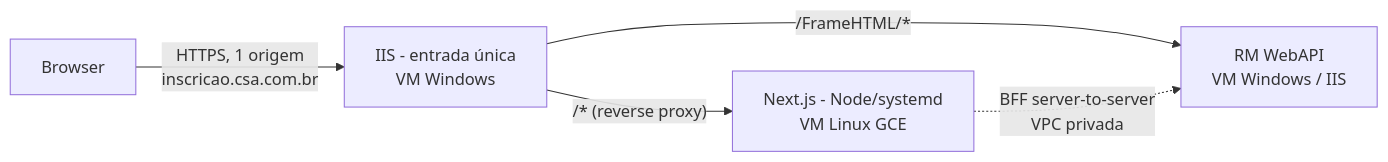
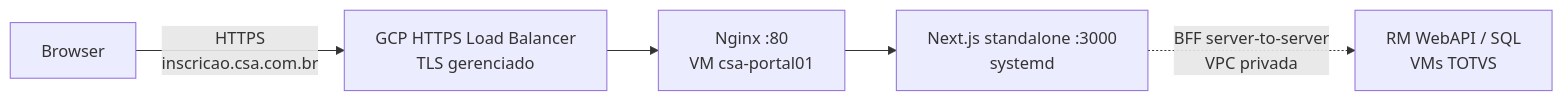
The second of 2 diagrams in docs/arquitetura_nextjs_rm.md (DI-CSA/admission-enrollment), drawn with Mermaid before and after one commit. The commit also changed other lines of this file and 25 other files, not shown here.

````diff
--- a/docs/arquitetura_nextjs_rm.md
+++ b/docs/arquitetura_nextjs_rm.md
@@ -259,7 +268,8 @@
 ```mermaid
 flowchart LR
-    B[Browser] -->|"HTTPS, 1 origem<br/>inscricao.csa.com.br"| IIS[IIS - entrada única<br/>VM Windows]
-    IIS -->|"/FrameHTML/*"| RM[RM WebAPI<br/>VM Windows / IIS]
-    IIS -->|"/* (reverse proxy)"| NX[Next.js - Node/systemd<br/>VM Linux GCE]
+    B[Browser] -->|"HTTPS<br/>inscricao.csa.com.br"| LB[GCP HTTPS Load Balancer<br/>TLS gerenciado]
+    LB --> NG[Nginx :80<br/>VM csa-portal01]
+    NG --> NX[Next.js standalone :3000<br/>systemd]
     NX -. BFF server-to-server<br/>VPC privada .-> RM
+    RM[RM WebAPI / SQL<br/>VMs TOTVS]
 ```
````
